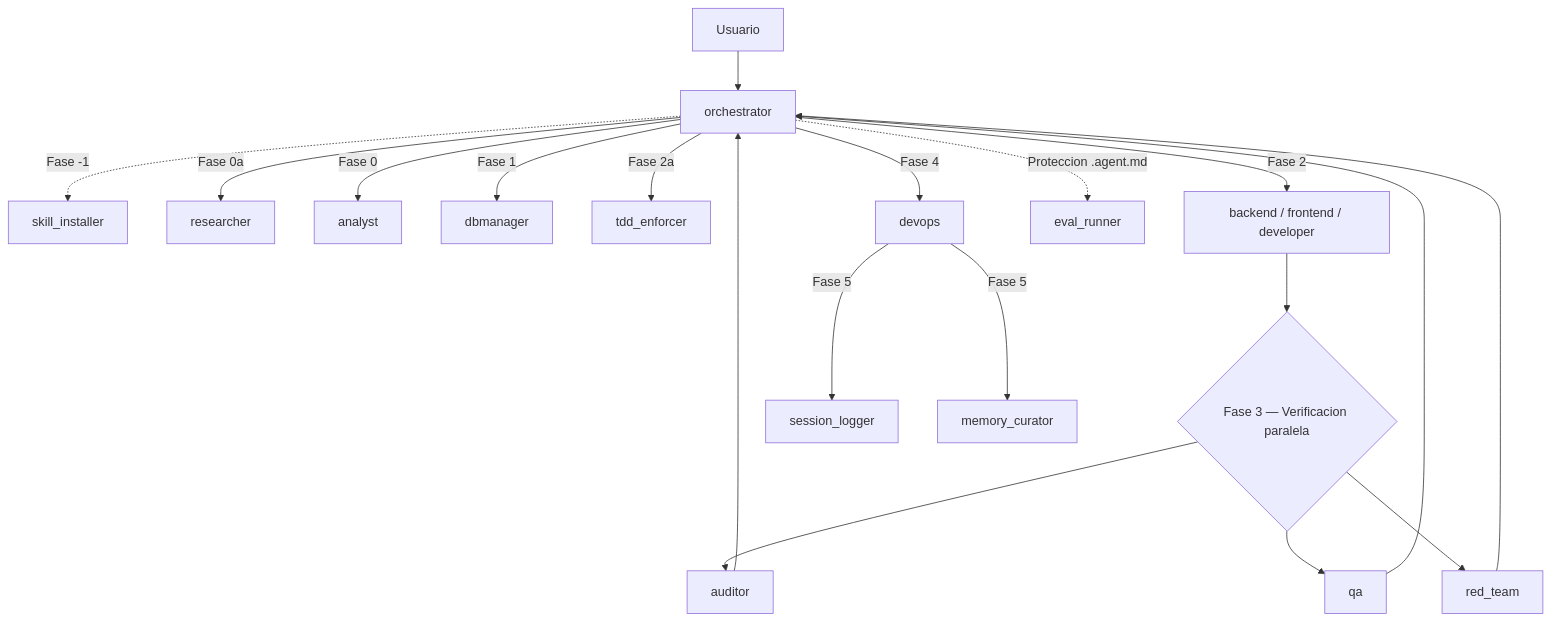
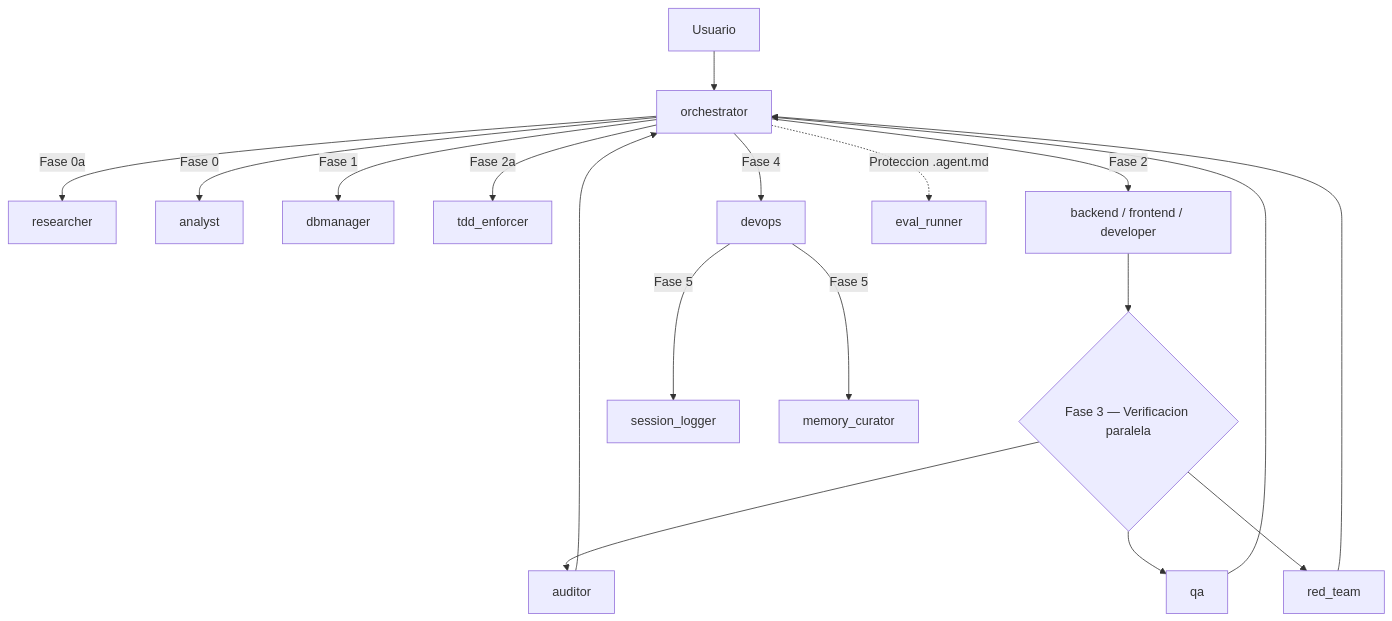
The diagram in README.md (RCarribero/agents), drawn with Mermaid before and after one commit. The commit also changed other lines of this file and 31 other files, not shown here.

````diff
--- a/README.md
+++ b/README.md
@@ -62,21 +62,20 @@
 ```mermaid
 flowchart TD
     U[Usuario] --> O[orchestrator]
-    O -.->|Fase -1| SI[skill_installer]
     O -->|Fase 0a| R[researcher]
     O -->|Fase 0| A[analyst]
     O -->|Fase 1| DB[dbmanager]
     O -->|Fase 2a| TDD[tdd_enforcer]
     O -->|Fase 2| IMP[backend / frontend / developer]
     IMP --> V{Fase 3 — Verificacion paralela}
     V --> AUD[auditor]
     V --> QA[qa]
     V --> RT[red_team]
     AUD --> O
     QA --> O
     RT --> O
     O -->|Fase 4| D[devops]
     D -->|Fase 5| SL[session_logger]
     D -->|Fase 5| MC[memory_curator]
     O -.->|Proteccion .agent.md| ER[eval_runner]
 ```
````
